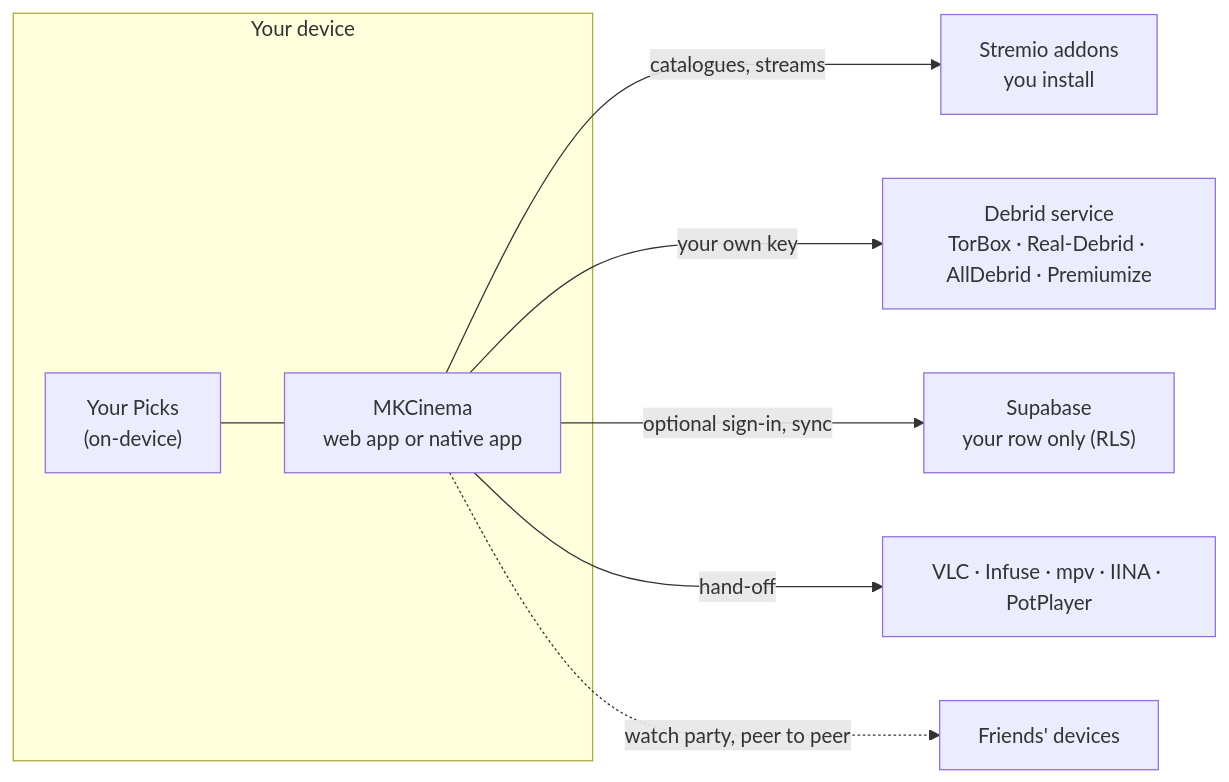
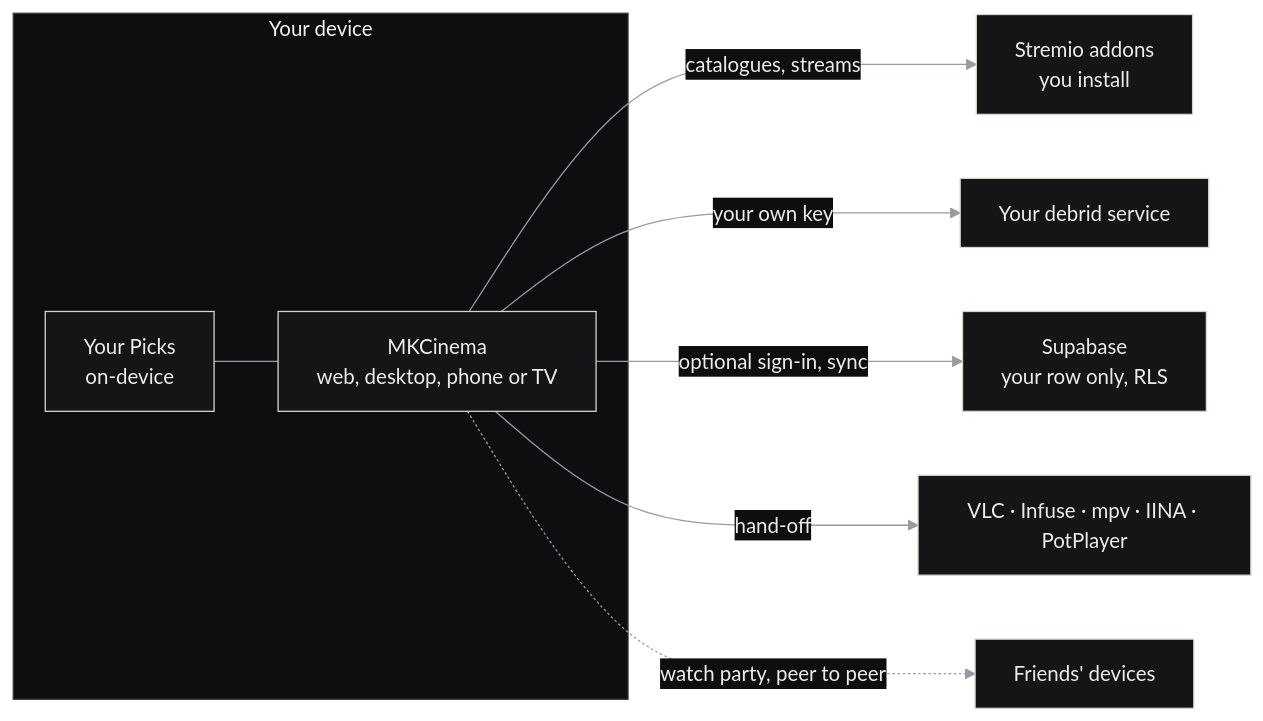
The diagram in README.md (itbelikethatbruh/MKCinema), drawn with Mermaid before and after one commit. The commit also changed other lines of this file and 54 other files, not shown here.

````diff
--- a/README.md
+++ b/README.md
@@ -110,13 +5155,14 @@
 ```mermaid
+%%{init: {"theme": "base", "themeVariables": {"background": "#0a0a0b", "primaryColor": "#151517", "primaryTextColor": "#ececee", "primaryBorderColor": "#d9d4c7", "lineColor": "#9a9aa3", "secondaryColor": "#0e0e10", "tertiaryColor": "#0e0e10", "clusterBkg": "#0e0e10", "clusterBorder": "#3a3a40", "fontFamily": "ui-sans-serif, system-ui"}}}%%
 flowchart LR
   subgraph Device["Your device"]
-    UI["MKCinema<br/>web app or native app"]
-    Picks["Your Picks<br/>(on-device)"]
+    UI["MKCinema<br/>web, desktop, phone or TV"]
+    Picks["Your Picks<br/>on-device"]
   end
   UI -->|catalogues, streams| Addons["Stremio addons<br/>you install"]
-  UI -->|your own key| Debrid["Debrid service<br/>TorBox · Real-Debrid · AllDebrid · Premiumize"]
-  UI -->|optional sign-in, sync| Supabase["Supabase<br/>your row only (RLS)"]
+  UI -->|your own key| Debrid["Your debrid service"]
+  UI -->|optional sign-in, sync| Supabase["Supabase<br/>your row only, RLS"]
   UI -->|hand-off| Players["VLC · Infuse · mpv · IINA · PotPlayer"]
   UI -.->|watch party, peer to peer| Friends["Friends' devices"]
   Picks --- UI
 ```
````
